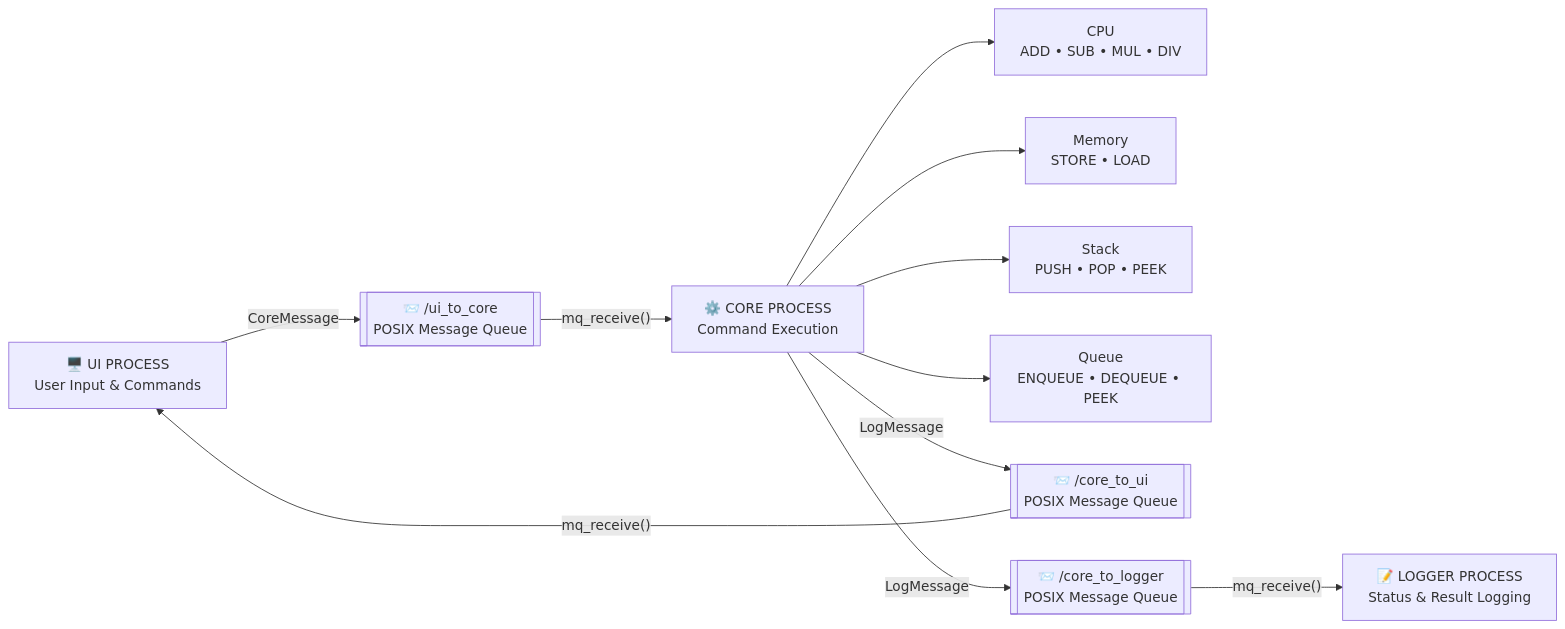
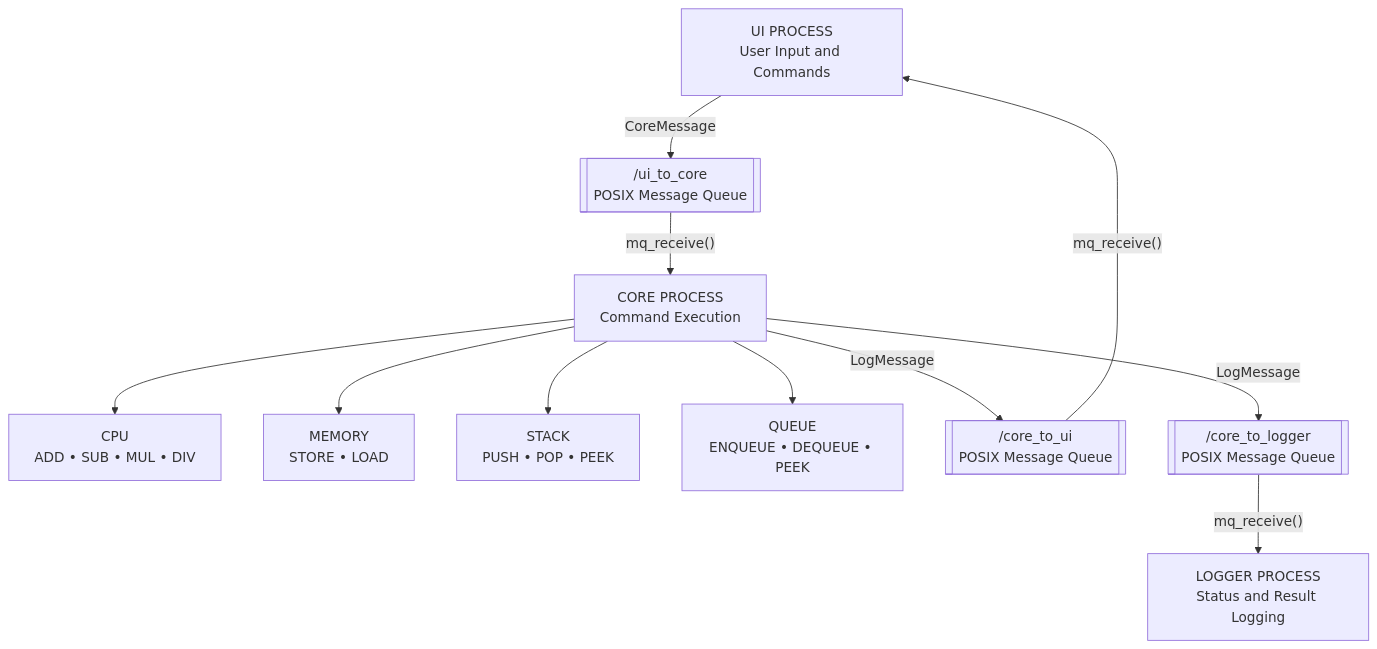
One commit to deonnabraggs/ProjectTesting changed the diagram in diagram.md. Above: the diagram before and after it, drawn with Mermaid. The commit also changed other lines of this file, not shown here.

Commit message:
Refine IPC communication flow and architecture diagram
Updated terminology and formatting in the architecture documentation for clarity and consistency.

````diff
--- a/diagram.md
+++ b/diagram.md
@@ -74,34 +74,34 @@
 ```mermaid
-flowchart LR
+flowchart TD
 
-    UI["🖥️ UI PROCESS<br/>User Input & Commands"]
+    UI["UI PROCESS<br/>User Input and Commands"]
 
-    Q1[["📨 /ui_to_core<br/>POSIX Message Queue"]]
+    Q1[["/ui_to_core<br/>POSIX Message Queue"]]
 
-    CORE["⚙️ CORE PROCESS<br/>Command Execution"]
+    CORE["CORE PROCESS<br/>Command Execution"]
 
     CPU["CPU<br/>ADD • SUB • MUL • DIV"]
-    MEMORY["Memory<br/>STORE • LOAD"]
-    STACK["Stack<br/>PUSH • POP • PEEK"]
-    QUEUE["Queue<br/>ENQUEUE • DEQUEUE • PEEK"]
+    MEMORY["MEMORY<br/>STORE • LOAD"]
+    STACK["STACK<br/>PUSH • POP • PEEK"]
+    QUEUE["QUEUE<br/>ENQUEUE • DEQUEUE • PEEK"]
 
-    Q2[["📨 /core_to_ui<br/>POSIX Message Queue"]]
+    Q2[["/core_to_ui<br/>POSIX Message Queue"]]
 
-    Q3[["📨 /core_to_logger<br/>POSIX Message Queue"]]
+    Q3[["/core_to_logger<br/>POSIX Message Queue"]]
 
-    LOGGER["📝 LOGGER PROCESS<br/>Status & Result Logging"]
+    LOGGER["LOGGER PROCESS<br/>Status and Result Logging"]
 
     UI -->|"CoreMessage"| Q1
     Q1 -->|"mq_receive()"| CORE
 
     CORE --> CPU
     CORE --> MEMORY
     CORE --> STACK
     CORE --> QUEUE
 
     CORE -->|"LogMessage"| Q2
     Q2 -->|"mq_receive()"| UI
 
     CORE -->|"LogMessage"| Q3
     Q3 -->|"mq_receive()"| LOGGER
 ```
````
